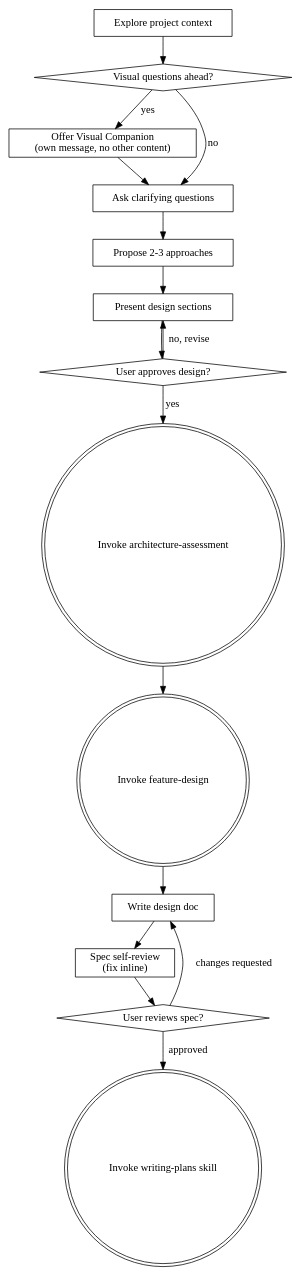
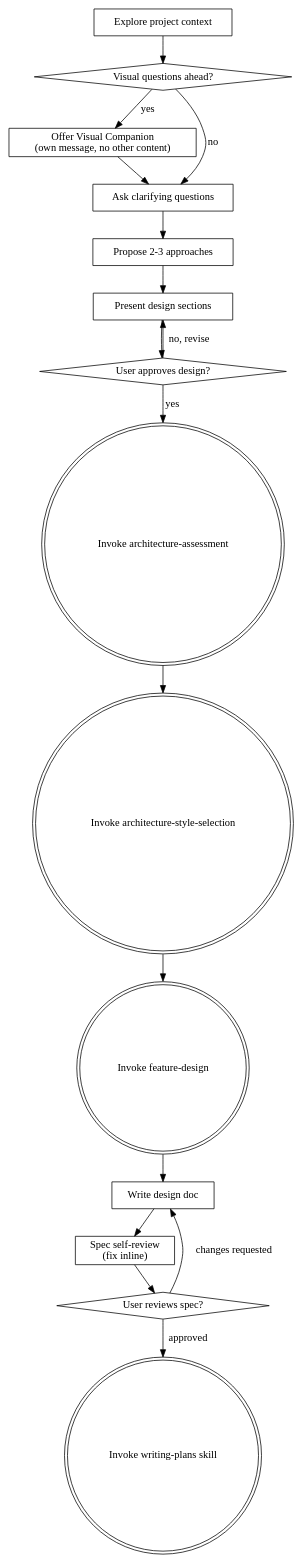
Before and after one commit to florian23/superflowers: the diagram in skills/brainstorming/SKILL.md, drawn with Graphviz. The commit also changed other lines of this file and 8 other files, not shown here.

First line of the commit message:
Add architecture-style-selection skill with style fitness functions

````diff
--- a/skills/brainstorming/SKILL.md
+++ b/skills/brainstorming/SKILL.md
@@ -39,34 +39,36 @@
 ```dot
 digraph brainstorming {
     "Explore project context" [shape=box];
     "Visual questions ahead?" [shape=diamond];
     "Offer Visual Companion\n(own message, no other content)" [shape=box];
     "Ask clarifying questions" [shape=box];
     "Propose 2-3 approaches" [shape=box];
     "Present design sections" [shape=box];
     "User approves design?" [shape=diamond];
     "Write design doc" [shape=box];
     "Spec self-review\n(fix inline)" [shape=box];
     "User reviews spec?" [shape=diamond];
     "Invoke writing-plans skill" [shape=doublecircle];
 
     "Explore project context" -> "Visual questions ahead?";
     "Visual questions ahead?" -> "Offer Visual Companion\n(own message, no other content)" [label="yes"];
     "Visual questions ahead?" -> "Ask clarifying questions" [label="no"];
     "Offer Visual Companion\n(own message, no other content)" -> "Ask clarifying questions";
     "Ask clarifying questions" -> "Propose 2-3 approaches";
     "Propose 2-3 approaches" -> "Present design sections";
     "Present design sections" -> "User approves design?";
     "User approves design?" -> "Present design sections" [label="no, revise"];
     "Invoke architecture-assessment" [shape=doublecircle];
     "Invoke feature-design" [shape=doublecircle];
 
     "User approves design?" -> "Invoke architecture-assessment" [label="yes"];
-    "Invoke architecture-assessment" -> "Invoke feature-design";
+    "Invoke architecture-style-selection" [shape=doublecircle];
+    "Invoke architecture-assessment" -> "Invoke architecture-style-selection";
+    "Invoke architecture-style-selection" -> "Invoke feature-design";
     "Invoke feature-design" -> "Write design doc";
     "Write design doc" -> "Spec self-review\n(fix inline)";
     "Spec self-review\n(fix inline)" -> "User reviews spec?";
     "User reviews spec?" -> "Write design doc" [label="changes requested"];
     "User reviews spec?" -> "Invoke writing-plans skill" [label="approved"];
 }
 ```
````
